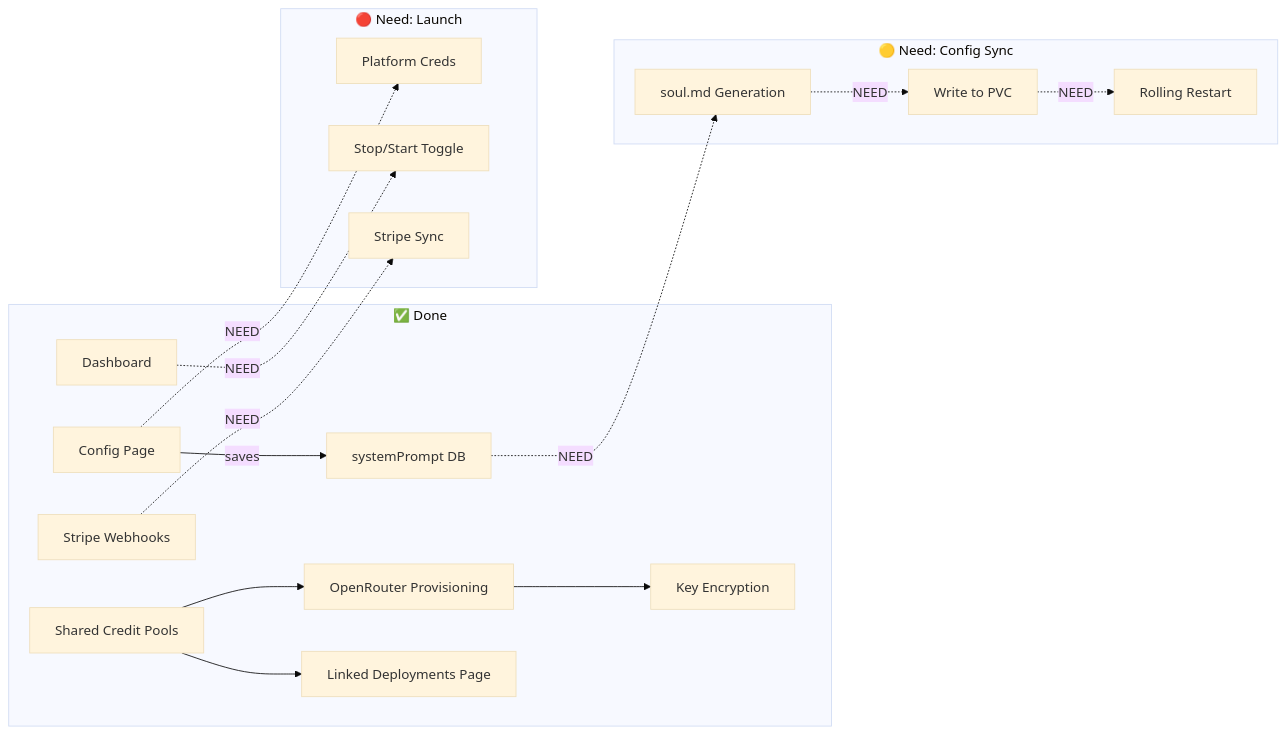
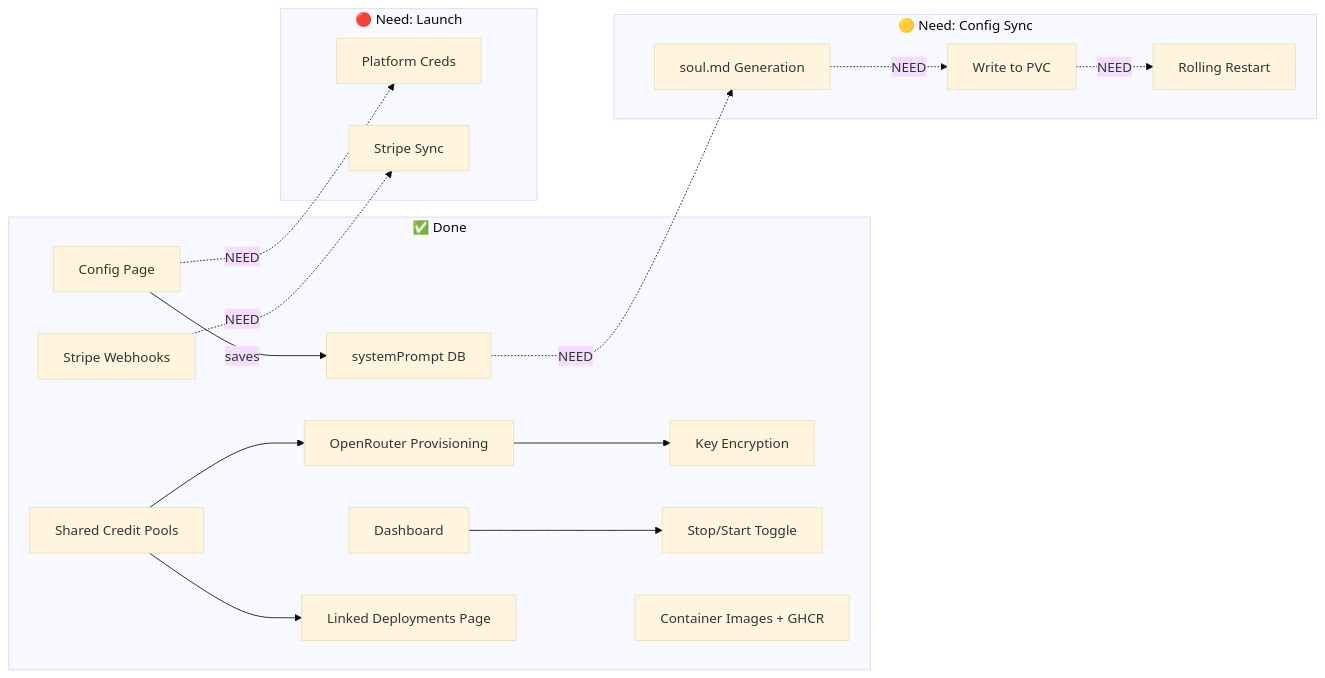
One commit to Bretthb/jarble changed diagram 14 of 15 in OVERVIEW.md. Above: the diagram before and after it, drawn with Mermaid (base theme). The commit also changed other lines of this file, not shown here.

First line of the commit message:
Update OVERVIEW.md with stop/start/restart docs and progress tracking

````diff
--- a/OVERVIEW.md
+++ b/OVERVIEW.md
@@ -847,36 +852,37 @@
 ```mermaid
 flowchart LR
     subgraph Done["✅ Done"]
         CONFIG["Config Page"]
         SYSPROMPT["systemPrompt DB"]
         STRIPE["Stripe Webhooks"]
         DASH["Dashboard"]
         CREDITPOOL["Shared Credit Pools"]
         ORPROV["OpenRouter Provisioning"]
         ENCRYPT["Key Encryption"]
         LINKED["Linked Deployments Page"]
+        STOPSTART_DEP["Stop/Start Toggle"]
+        GHCR_DEP["Container Images + GHCR"]
     end
 
     subgraph NeedSync["🟡 Need: Config Sync"]
         SOULMD["soul.md Generation"]
         PVCWRITE["Write to PVC"]
         RESTART["Rolling Restart"]
     end
 
     subgraph NeedLaunch["🔴 Need: Launch"]
         PLATCREDS["Platform Creds"]
-        STOPSTART["Stop/Start Toggle"]
         STRIPESYNC["Stripe Sync"]
     end
 
     CONFIG -->|saves| SYSPROMPT
     SYSPROMPT -.->|NEED| SOULMD
     SOULMD -.->|NEED| PVCWRITE
     PVCWRITE -.->|NEED| RESTART
 
     CONFIG -.->|NEED| PLATCREDS
-    DASH -.->|NEED| STOPSTART
     STRIPE -.->|NEED| STRIPESYNC
     CREDITPOOL --> ORPROV --> ENCRYPT
     CREDITPOOL --> LINKED
+    DASH --> STOPSTART_DEP
 ```
````
